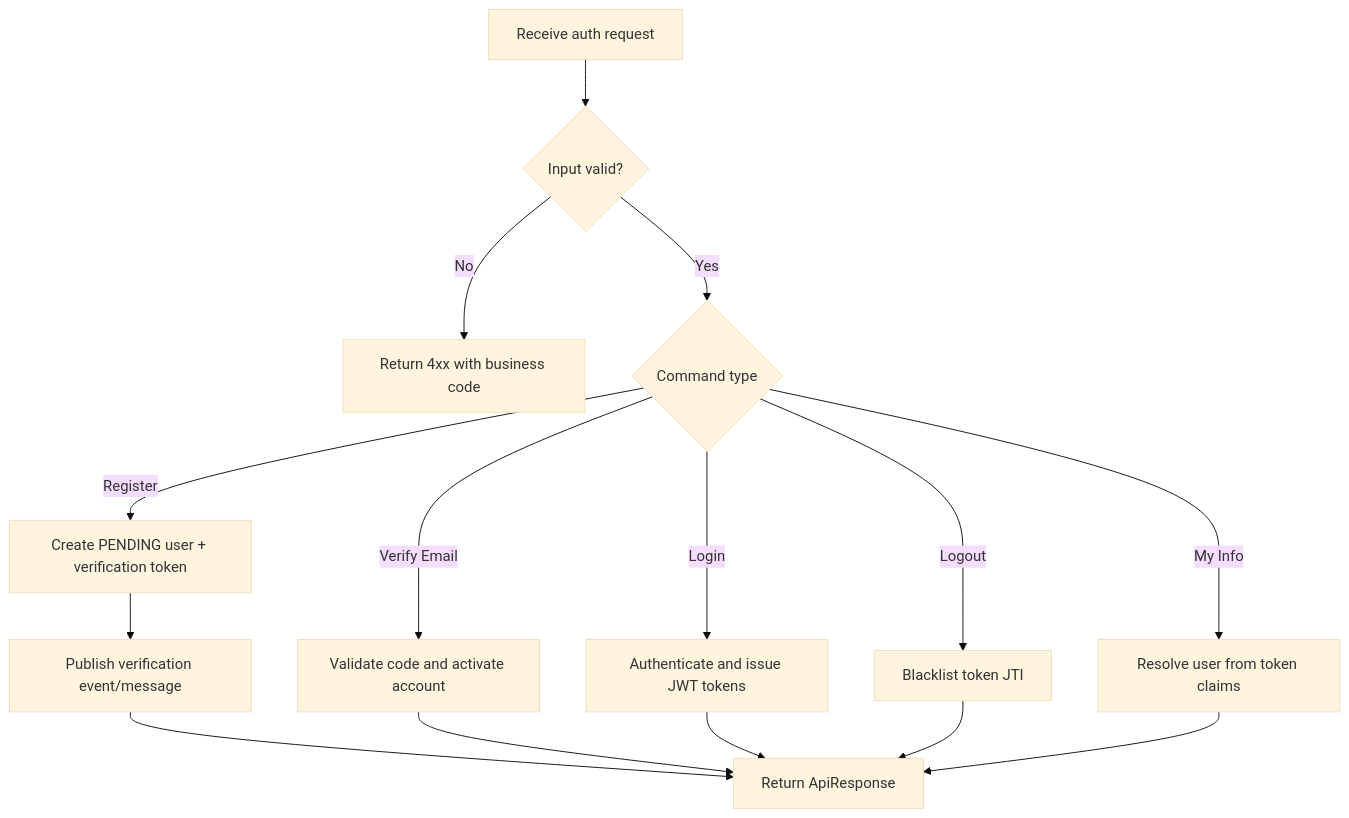
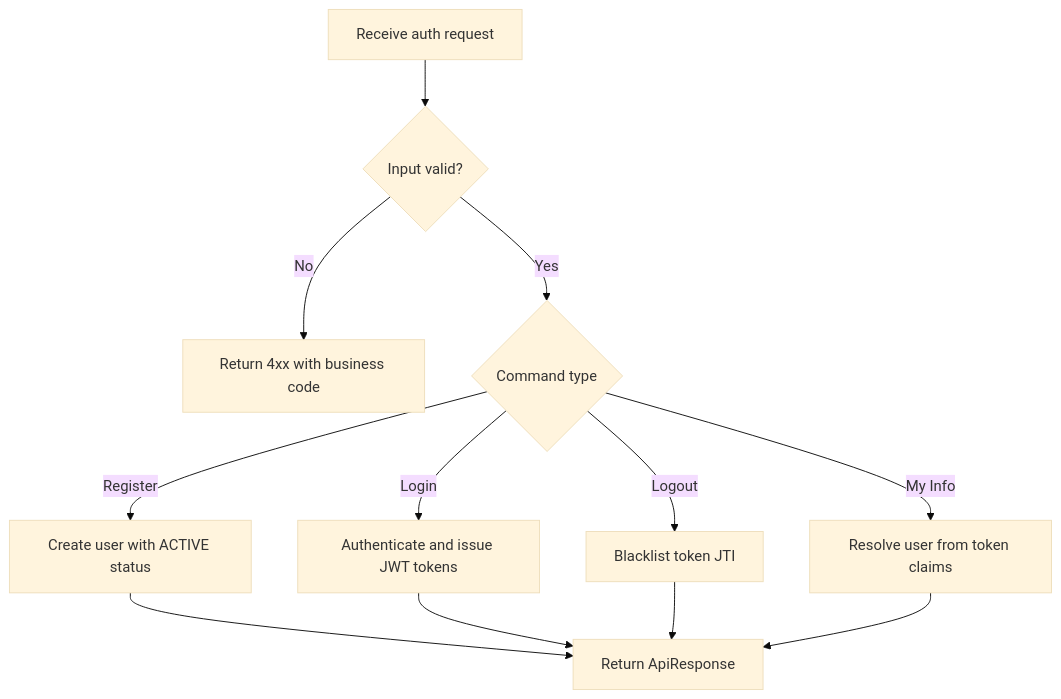
Before and after one commit to baosatboiz/asd: the third of 7 diagrams in analysis-and-design-ddd.md, drawn with Mermaid (base theme). The commit also changed other lines of this file, not shown here.

````diff
--- a/analysis-and-design-ddd.md
+++ b/analysis-and-design-ddd.md
@@ -288,17 +276,14 @@
 ```mermaid
 flowchart TD
     A[Receive auth request] --> B{Input valid?}
     B -->|No| C[Return 4xx with business code]
     B -->|Yes| D{Command type}
-    D -->|Register| E[Create PENDING user + verification token]
-    E --> F[Publish verification event/message]
-    D -->|Verify Email| G[Validate code and activate account]
-    D -->|Login| H[Authenticate and issue JWT tokens]
-    D -->|Logout| I[Blacklist token JTI]
-    D -->|My Info| J[Resolve user from token claims]
-    F --> K[Return ApiResponse]
-    G --> K
-    H --> K
-    I --> K
-    J --> K
+    D -->|Register| E[Create user with ACTIVE status]
+    D -->|Login| F[Authenticate and issue JWT tokens]
+    D -->|Logout| G[Blacklist token JTI]
+    D -->|My Info| H[Resolve user from token claims]
+    E --> I[Return ApiResponse]
+    F --> I
+    G --> I
+    H --> I
 ```
````
